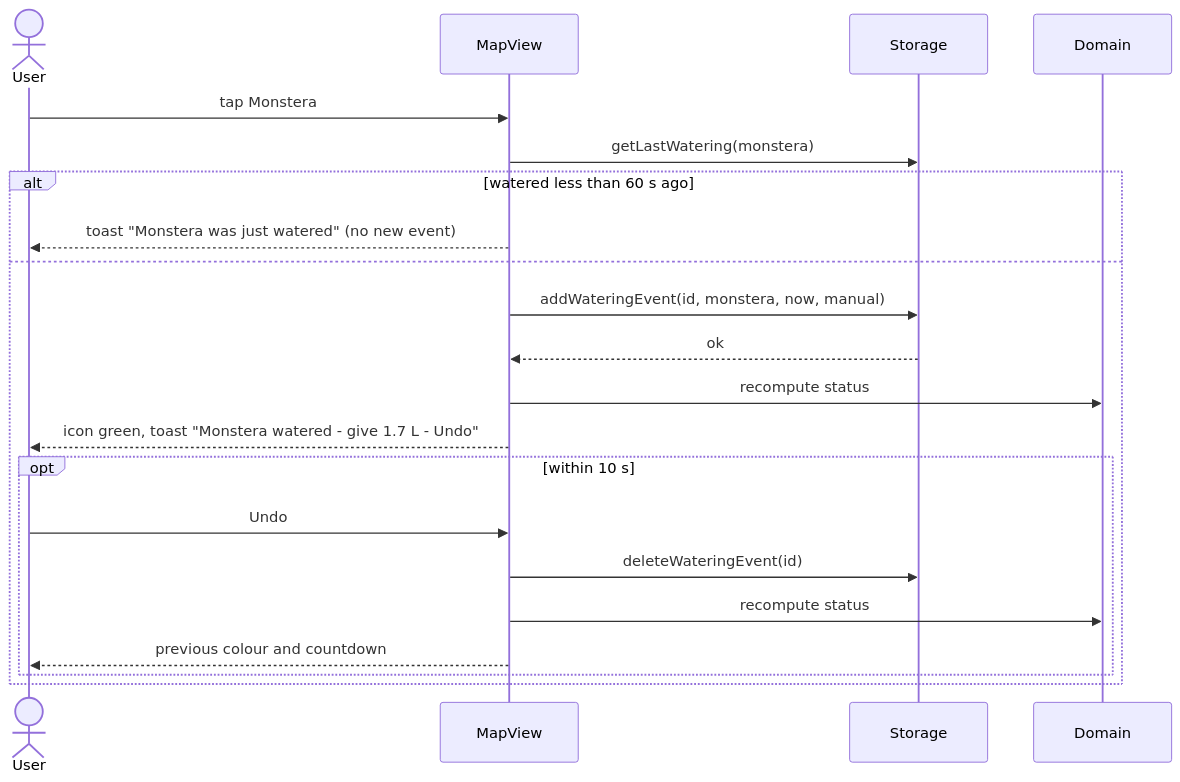
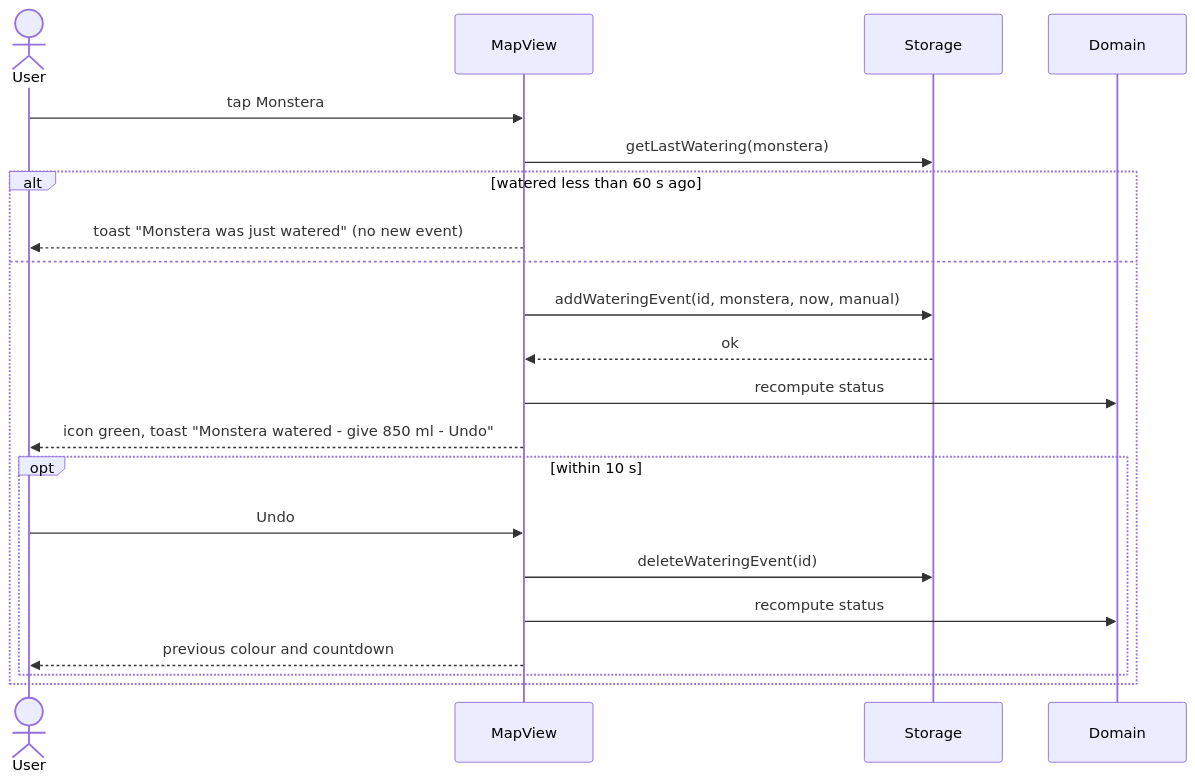
Before and after one commit to TrustAugustWorks/plant-pilot: the second of 5 diagrams in docs/diagrams/07-sequences.md, drawn with Mermaid. The commit also changed 12 other files, not shown here.

````diff
--- a/docs/diagrams/07-sequences.md
+++ b/docs/diagrams/07-sequences.md
@@ -28,23 +28,23 @@
 ```mermaid
 sequenceDiagram
   actor U as User
   participant M as MapView
   participant S as Storage
   participant D as Domain
   U->>M: tap Monstera
   M->>S: getLastWatering(monstera)
   alt watered less than 60 s ago
     M-->>U: toast "Monstera was just watered" (no new event)
   else
     M->>S: addWateringEvent(id, monstera, now, manual)
     S-->>M: ok
     M->>D: recompute status
-    M-->>U: icon green, toast "Monstera watered - give 1.7 L - Undo"
+    M-->>U: icon green, toast "Monstera watered - give 850 ml - Undo"
     opt within 10 s
       U->>M: Undo
       M->>S: deleteWateringEvent(id)
       M->>D: recompute status
       M-->>U: previous colour and countdown
     end
   end
 ```
````
